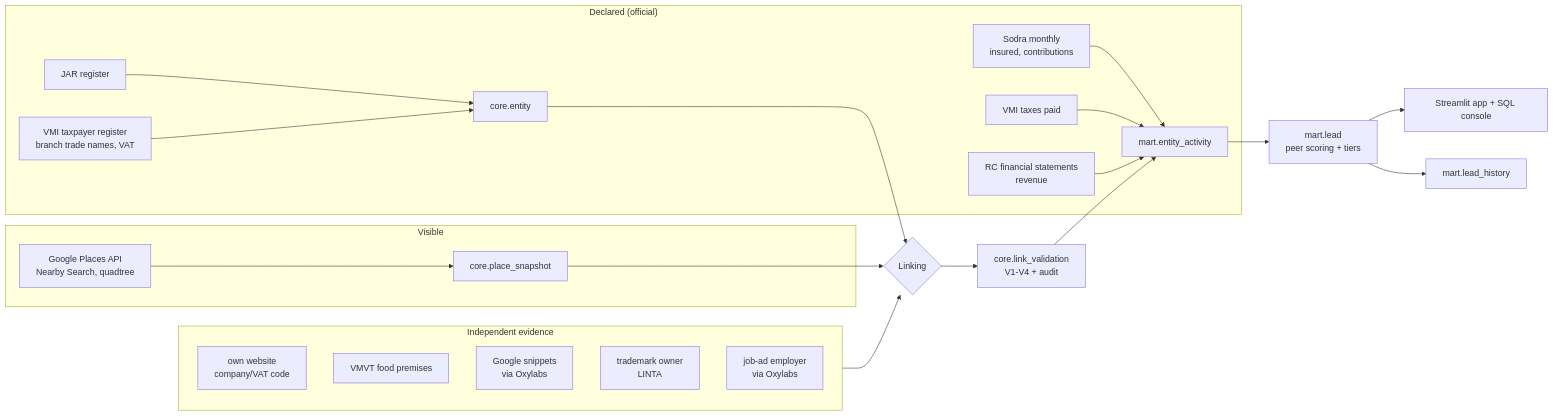
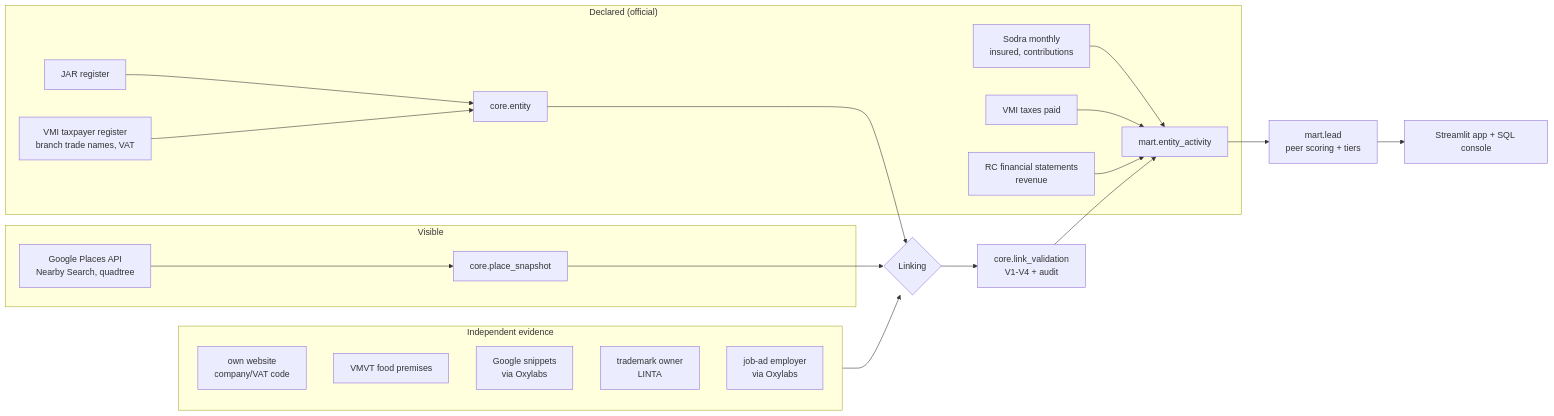
The diagram in README.md (RokasGH/shadowleads), drawn with Mermaid before and after one commit. The commit also changed other lines of this file and 42 other files, not shown here.

````diff
--- a/README.md
+++ b/README.md
@@ -40,28 +40,27 @@
 ```mermaid
 flowchart LR
   subgraph Visible
     G[Google Places API<br/>Nearby Search, quadtree] --> PS[core.place_snapshot]
   end
   subgraph Declared["Declared (official)"]
     JAR[JAR register] --> E[core.entity]
     VMIR[VMI taxpayer register<br/>branch trade names, VAT] --> E
     SOD[Sodra monthly<br/>insured, contributions] --> EA
     VMIT[VMI taxes paid] --> EA
     RC[RC financial statements<br/>revenue] --> EA
   end
   PS --> L{Linking}
   E --> L
   subgraph Evidence["Independent evidence"]
     W[own website<br/>company/VAT code]
     V[VMVT food premises]
     S[Google snippets<br/>via Oxylabs]
     T[trademark owner<br/>LINTA]
     J[job-ad employer<br/>via Oxylabs]
   end
   Evidence --> L
   L --> LV[core.link_validation<br/>V1-V4 + audit]
   LV --> EA[mart.entity_activity]
   EA --> S2[mart.lead<br/>peer scoring + tiers]
   S2 --> APP[Streamlit app + SQL console]
-  S2 --> H[mart.lead_history]
 ```
````
